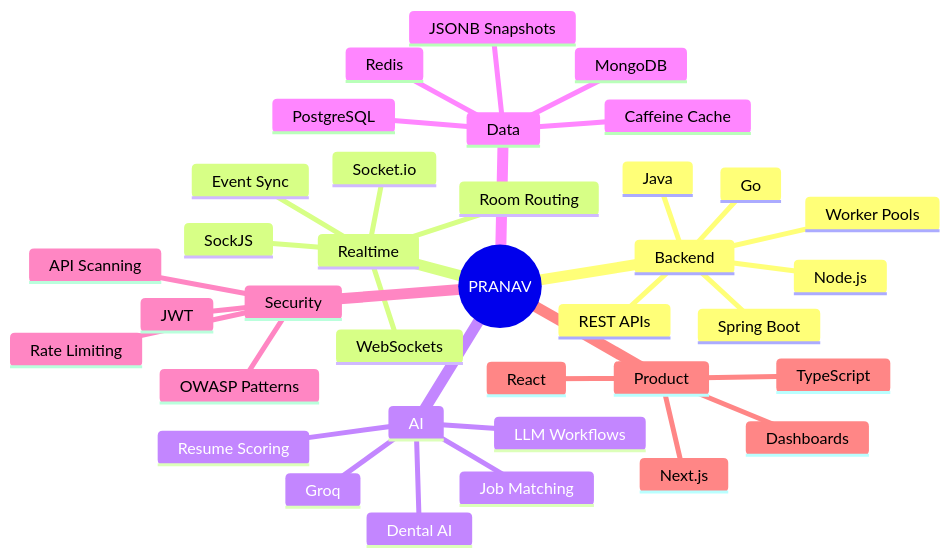
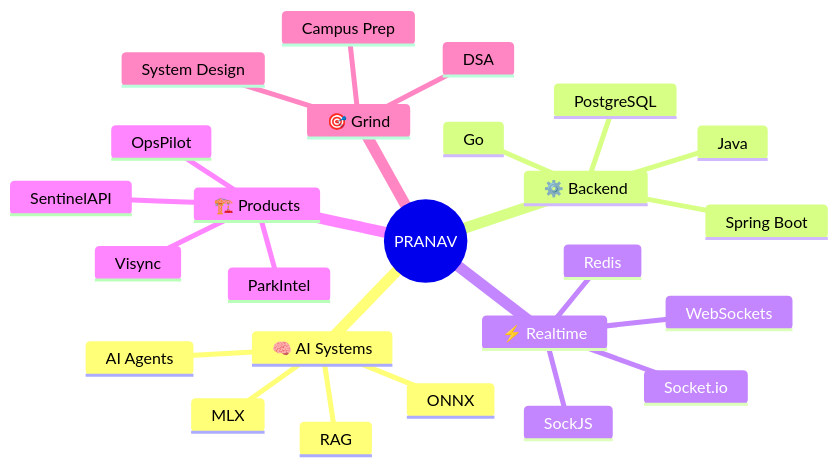
The diagram in README.md (pranav8764/pranav8764), drawn with Mermaid before and after one commit. The commit also changed other lines of this file, not shown here.

````diff
--- a/README.md
+++ b/README.md
@@ -245,39 +208,28 @@
 ```mermaid
 mindmap
   root((PRANAV))
-    Backend
+    🧠 AI Systems
+      RAG
+      AI Agents
+      MLX
+      ONNX
+    ⚙️ Backend
       Java
       Spring Boot
       Go
-      Node.js
-      REST APIs
-      Worker Pools
-    Realtime
+      PostgreSQL
+    ⚡ Realtime
       WebSockets
       SockJS
       Socket.io
-      Room Routing
-      Event Sync
-    AI
-      Groq
-      LLM Workflows
-      Resume Scoring
-      Job Matching
-      Dental AI
-    Data
-      PostgreSQL
-      MongoDB
       Redis
-      JSONB Snapshots
-      Caffeine Cache
-    Security
-      JWT
-      API Scanning
-      Rate Limiting
-      OWASP Patterns
-    Product
-      Next.js
-      React
-      TypeScript
-      Dashboards
+    🏗️ Products
+      Visync
+      OpsPilot
+      ParkIntel
+      SentinelAPI
+    🎯 Grind
+      DSA
+      System Design
+      Campus Prep
 ```
````
